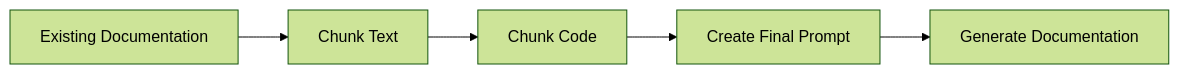
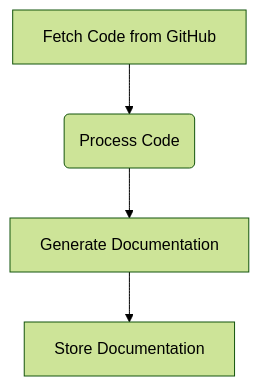
The diagram in docs.md (shivangjain03/github-doc), drawn with Mermaid (forest theme) before and after one commit. The commit also changed other lines of this file, not shown here.

````diff
--- a/docs.md
+++ b/docs.md
@@ -53,7 +20,6 @@
 ```mermaid
-graph LR
-A[Existing Documentation] --> B[Chunk Text]
-B --> C[Chunk Code]
-C --> D[Create Final Prompt]
-D --> E[Generate Documentation]
+graph TD;
+    A[Fetch Code from GitHub] --> B(Process Code);
+    B --> C[Generate Documentation];
+    C --> D[Store Documentation];
 ```
````
